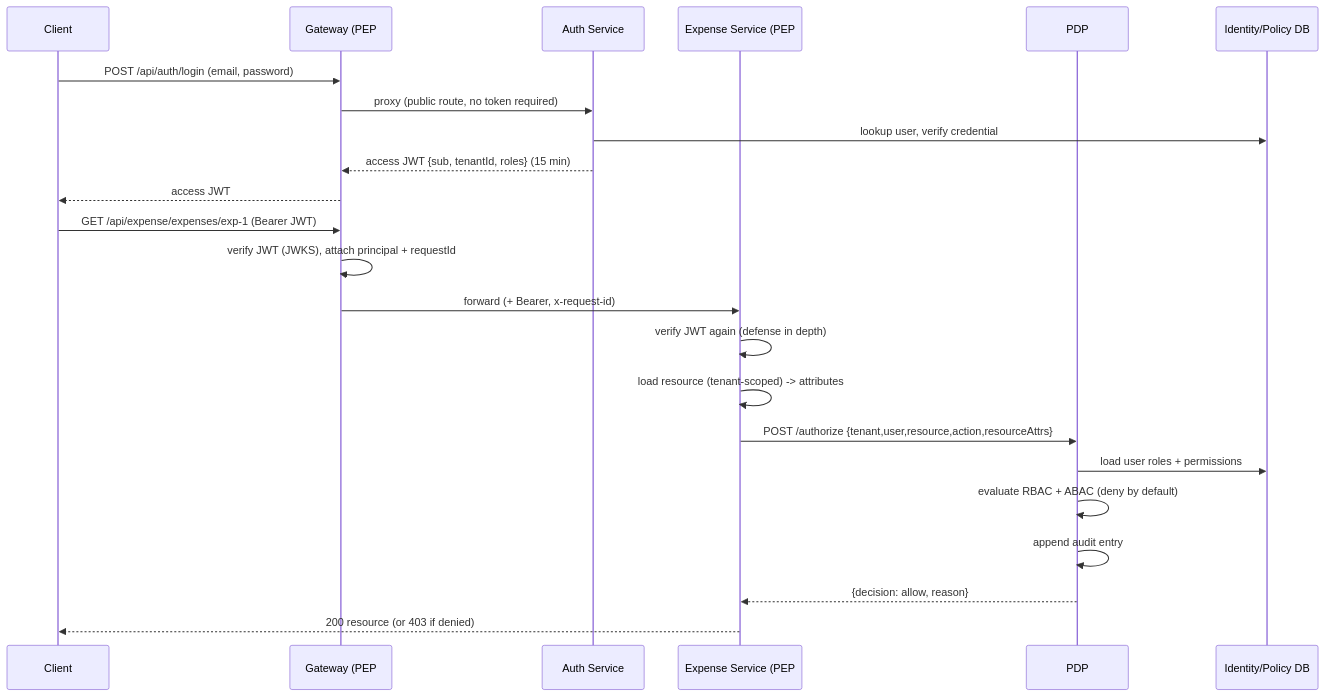
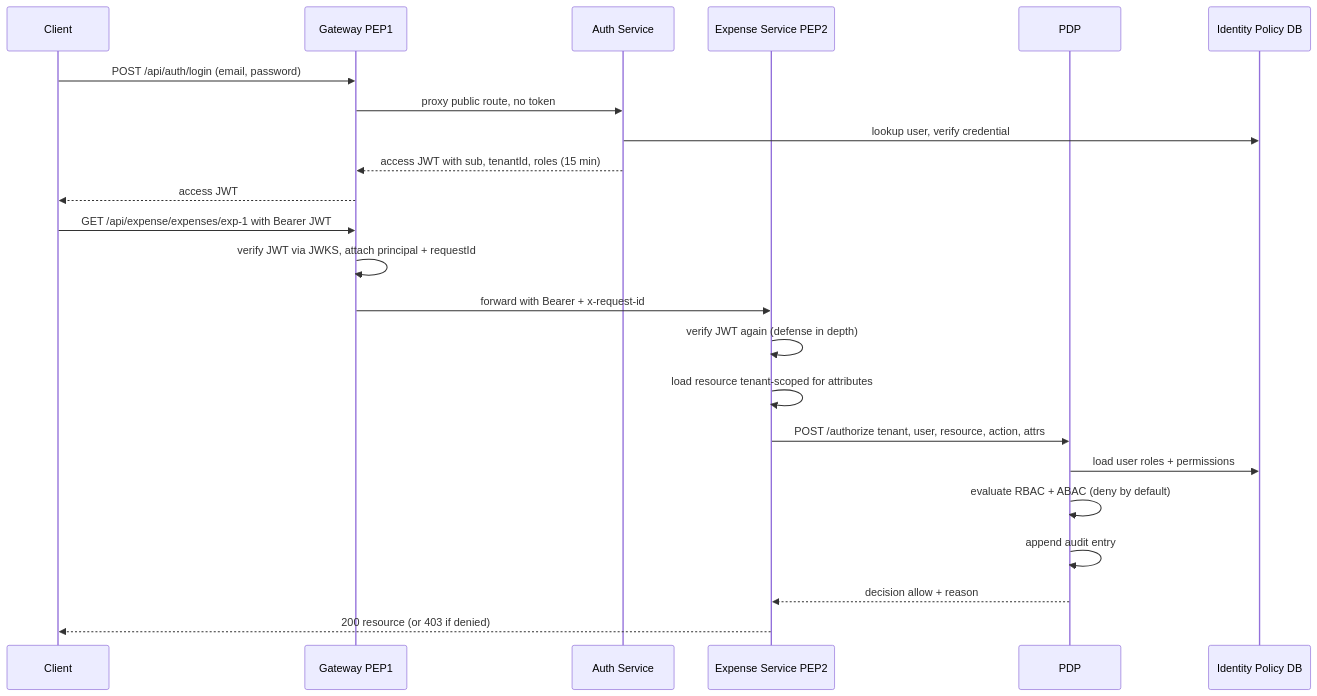
The fourth of 7 diagrams in docs/DESIGN.md (deepansh2908/access-management-system), drawn with Mermaid before and after one commit. The commit also changed other lines of this file and 1 other file, not shown here.

First line of the commit message:
docs: simplify Mermaid diagrams so GitHub renders them

````diff
--- a/docs/DESIGN.md
+++ b/docs/DESIGN.md
@@ -295,27 +300,25 @@
 ```mermaid
 sequenceDiagram
   participant C as Client
-  participant GW as Gateway (PEP #1)
+  participant GW as Gateway PEP1
   participant A as Auth Service
-  participant S as Expense Service (PEP #2)
+  participant S as Expense Service PEP2
   participant P as PDP
-  participant DB as Identity/Policy DB
-
+  participant DB as Identity Policy DB
   C->>GW: POST /api/auth/login (email, password)
-  GW->>A: proxy (public route, no token required)
+  GW->>A: proxy public route, no token
   A->>DB: lookup user, verify credential
-  A-->>GW: access JWT {sub, tenantId, roles} (15 min)
+  A-->>GW: access JWT with sub, tenantId, roles (15 min)
   GW-->>C: access JWT
-
-  C->>GW: GET /api/expense/expenses/exp-1 (Bearer JWT)
-  GW->>GW: verify JWT (JWKS), attach principal + requestId
-  GW->>S: forward (+ Bearer, x-request-id)
+  C->>GW: GET /api/expense/expenses/exp-1 with Bearer JWT
+  GW->>GW: verify JWT via JWKS, attach principal + requestId
+  GW->>S: forward with Bearer + x-request-id
   S->>S: verify JWT again (defense in depth)
-  S->>S: load resource (tenant-scoped) -> attributes
-  S->>P: POST /authorize {tenant,user,resource,action,resourceAttrs}
+  S->>S: load resource tenant-scoped for attributes
+  S->>P: POST /authorize tenant, user, resource, action, attrs
   P->>DB: load user roles + permissions
   P->>P: evaluate RBAC + ABAC (deny by default)
   P->>P: append audit entry
-  P-->>S: {decision: allow, reason}
-  S-->>C: 200 resource  (or 403 if denied)
+  P-->>S: decision allow + reason
+  S-->>C: 200 resource (or 403 if denied)
 ```
````
